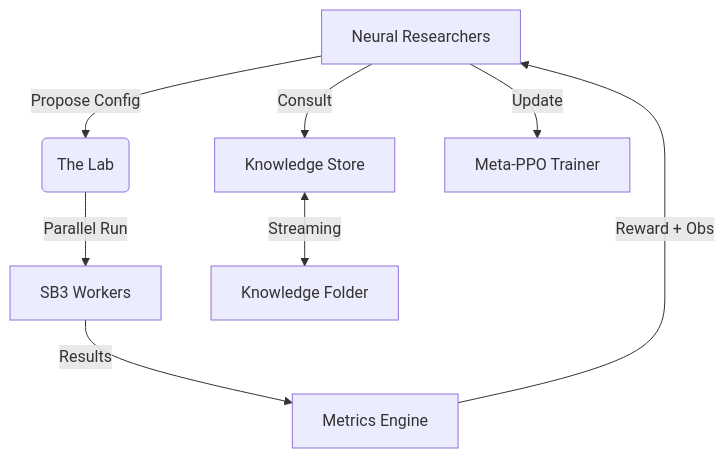
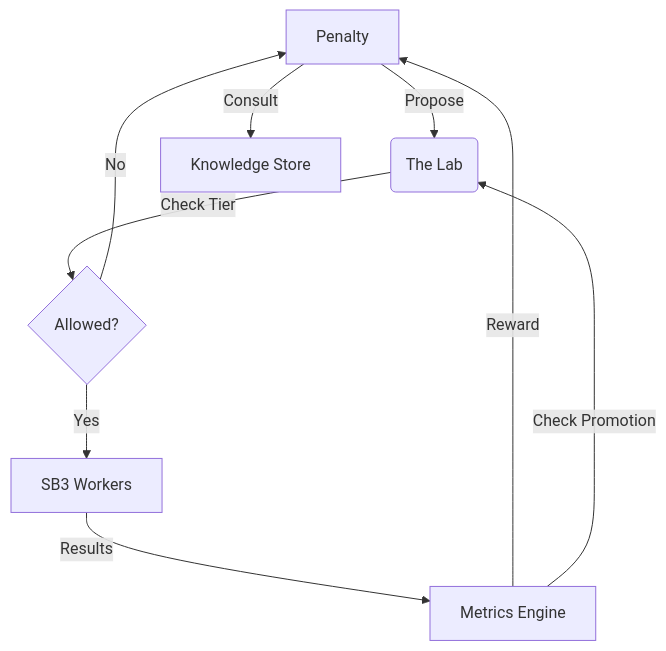
Before and after one commit to sirPhoebus/multi: the diagram in README.md, drawn with Mermaid. The commit also changed other lines of this file and 7 other files, not shown here.

````diff
--- a/README.md
+++ b/README.md
@@ -31,10 +35,11 @@
 ```mermaid
 graph TD
-    A[Neural Researchers] -->|Propose Config| B(The Lab)
-    B -->|Parallel Run| C[SB3 Workers]
+    A[Neural Researchers] -->|Propose| B(The Lab)
+    B -->|Check Tier| B1{Allowed?}
+    B1 -->|Yes| C[SB3 Workers]
+    B1 -->|No| A[Penalty]
     C -->|Results| D[Metrics Engine]
-    D -->|Reward + Obs| A
+    D -->|Reward| A
+    D -->|Check Promotion| B
     A -->|Consult| E[Knowledge Store]
-    E <-->|Streaming| F[Knowledge Folder]
-    A -->|Update| G[Meta-PPO Trainer]
 ```
````
